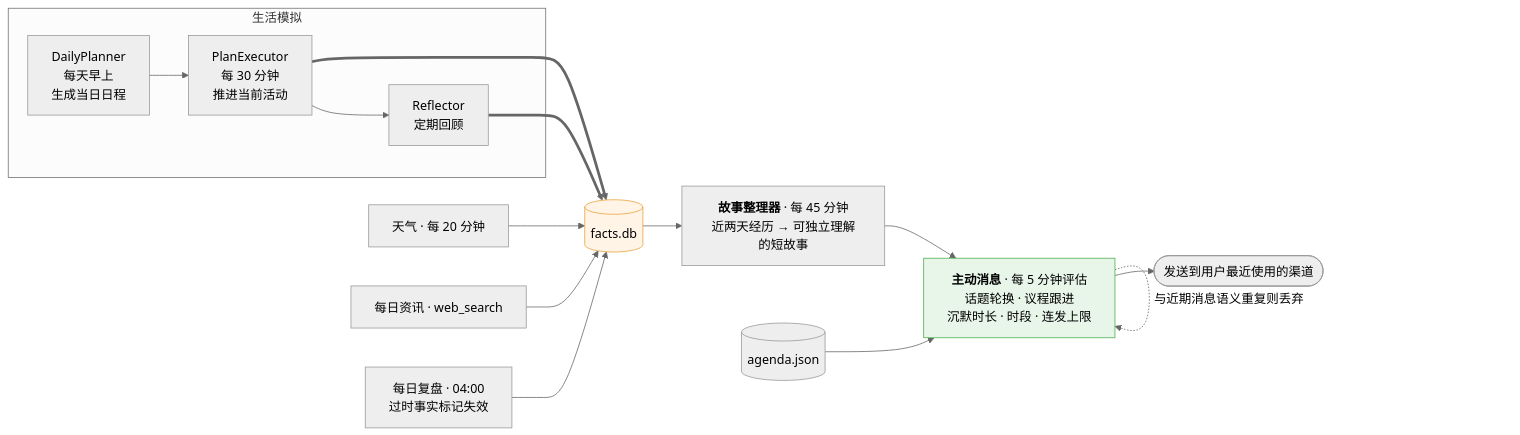
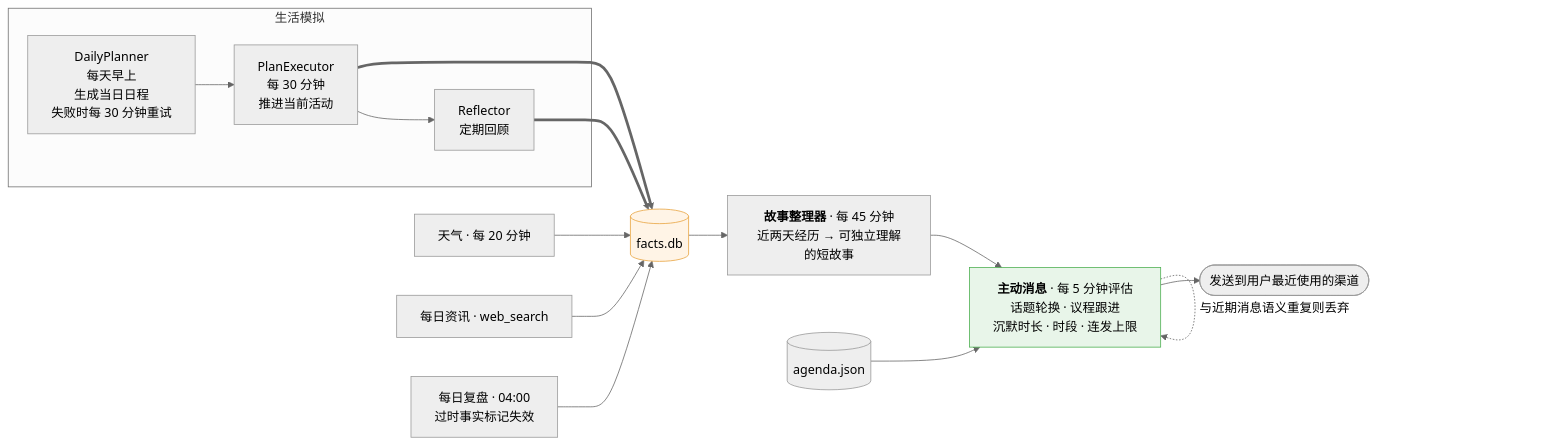
One commit to zqf20096327/ai_collect changed the second of 2 diagrams in data/readmes/SnowWarri0r__lingxi.md. Above: the diagram before and after it, drawn with Mermaid (neutral theme). The commit also changed other lines of this file and 3185 other files, not shown here.

````diff
--- a/data/readmes/SnowWarri0r__lingxi.md
+++ b/data/readmes/SnowWarri0r__lingxi.md
@@ -149,25 +152,25 @@
 ```mermaid
 flowchart LR
     subgraph LIFE ["生活模拟"]
-        PLAN["DailyPlanner<br/>每天早上<br/>生成当日日程"]
+        PLAN["DailyPlanner<br/>每天早上<br/>生成当日日程<br/>失败时每 30 分钟重试"]
         EXEC["PlanExecutor<br/>每 30 分钟<br/>推进当前活动"]
         REFL["Reflector<br/>定期回顾"]
         PLAN --> EXEC --> REFL
     end
 
     EXEC ==> DB[("facts.db")]
     REFL ==> DB
     WEA["天气 · 每 20 分钟"] --> DB
     NEWS["每日资讯 · web_search"] --> DB
 
     DB --> STORY["<b>故事整理器</b> · 每 45 分钟<br/>近两天经历 → 可独立理解的短故事"]
     STORY --> PRO["<b>主动消息</b> · 每 5 分钟评估<br/>话题轮换 · 议程跟进<br/>沉默时长 · 时段 · 连发上限"]
     AG[("agenda.json")] --> PRO
     PRO -. "与近期消息语义重复则丢弃" .-> PRO
     PRO --> SEND(["发送到用户最近使用的渠道"])
 
     NIGHT["每日复盘 · 04:00<br/>过时事实标记失效"] --> DB
 
     style DB fill:#fff4e6,stroke:#e8a33d
     style PRO fill:#e8f5e9,stroke:#4caf50
 ```
````
